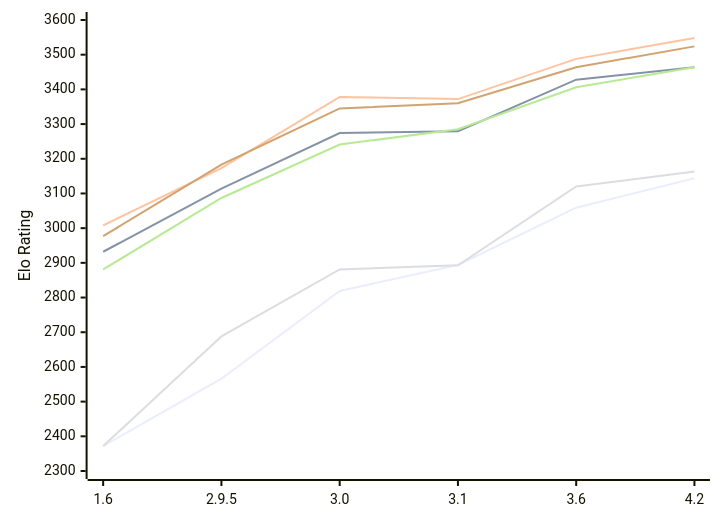
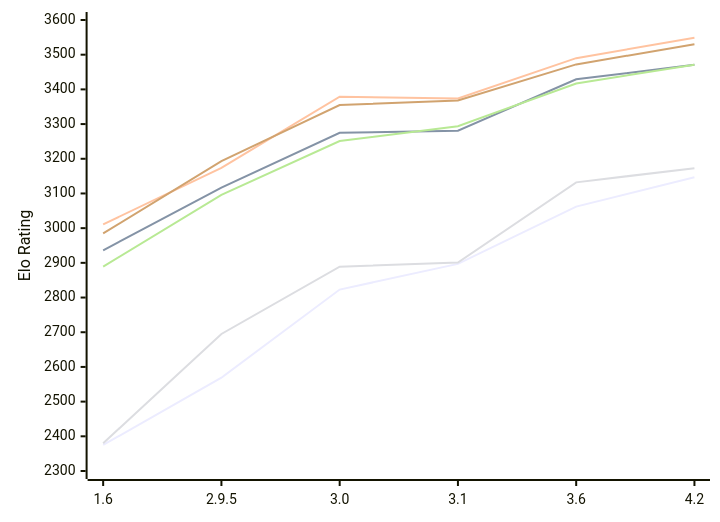
Before and after one commit to computer-chess-index/cci: the diagram in engines/Chessenger.md, drawn with Mermaid. The commit also changed other lines of this file, not shown here.

Commit message:
Update CCI Ratings (ELO VLTC) - 2026-11-25

````diff
--- a/engines/Chessenger.md
+++ b/engines/Chessenger.md
@@ -57,12 +57,12 @@
 ```mermaid
 %%{init: {"theme":"base","themeVariables":{"seriesColors:['#a3a3a3','#222221','#faa371']}}}%%
 xychart-beta
   x-axis ["1.6", "2.9.5", "3.0", "3.1", "3.6", "4.2"]
   y-axis "Elo Rating" 2300 --> 3600
-  line "E1: STC (8.0+0.08s)" [2372, 2566, 2819, 2894, 3059, 3144]
-  line "E1: LTC (60.0+0.60s)" [2932, 3114, 3274, 3279, 3428, 3464]
-  line "E1: VLTC (2m24s+1.12s)" [3008, 3173, 3378, 3372, 3488, 3548]
-  line "P1: STC (8.0+0.08s)" [2372, 2688, 2881, 2893, 3120, 3163]
-  line "P1: LTC (60.0+0.60s)" [2881, 3087, 3241, 3285, 3406, 3464]
-  line "P1: VLTC (2m24s+1.12s)" [2977, 3183, 3345, 3360, 3464, 3524]
+  line "E1: STC (8.0+0.08s)" [2375, 2569, 2823, 2897, 3062, 3147]
+  line "E1: LTC (60.0+0.60s)" [2936, 3117, 3275, 3281, 3429, 3471]
+  line "E1: VLTC (2m24s+1.12s)" [3011, 3174, 3379, 3374, 3490, 3549]
+  line "P1: STC (8.0+0.08s)" [2380, 2695, 2889, 2901, 3132, 3173]
+  line "P1: LTC (60.0+0.60s)" [2889, 3096, 3251, 3294, 3417, 3471]
+  line "P1: VLTC (2m24s+1.12s)" [2985, 3193, 3355, 3368, 3472, 3530]
 ```
````
